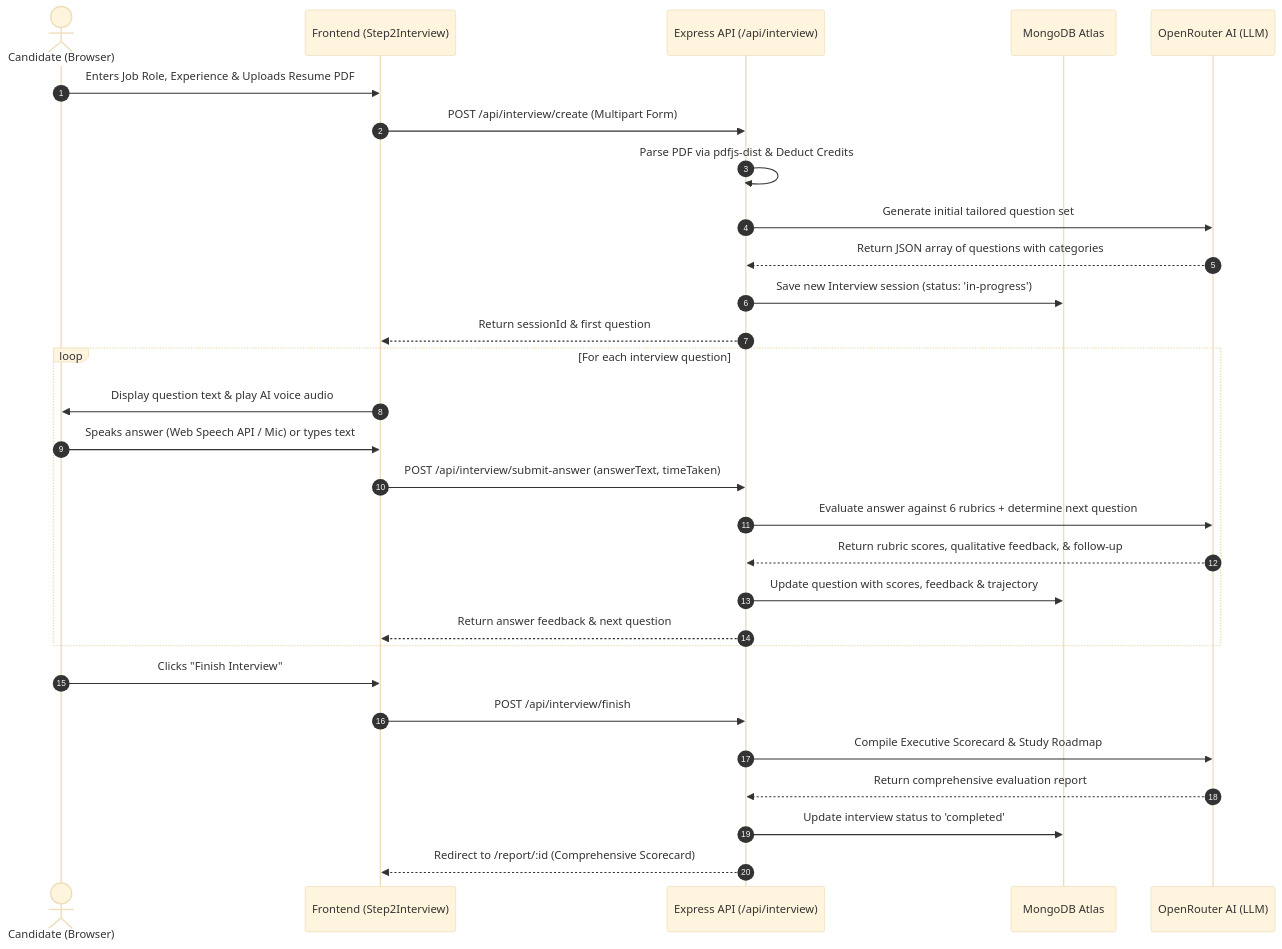
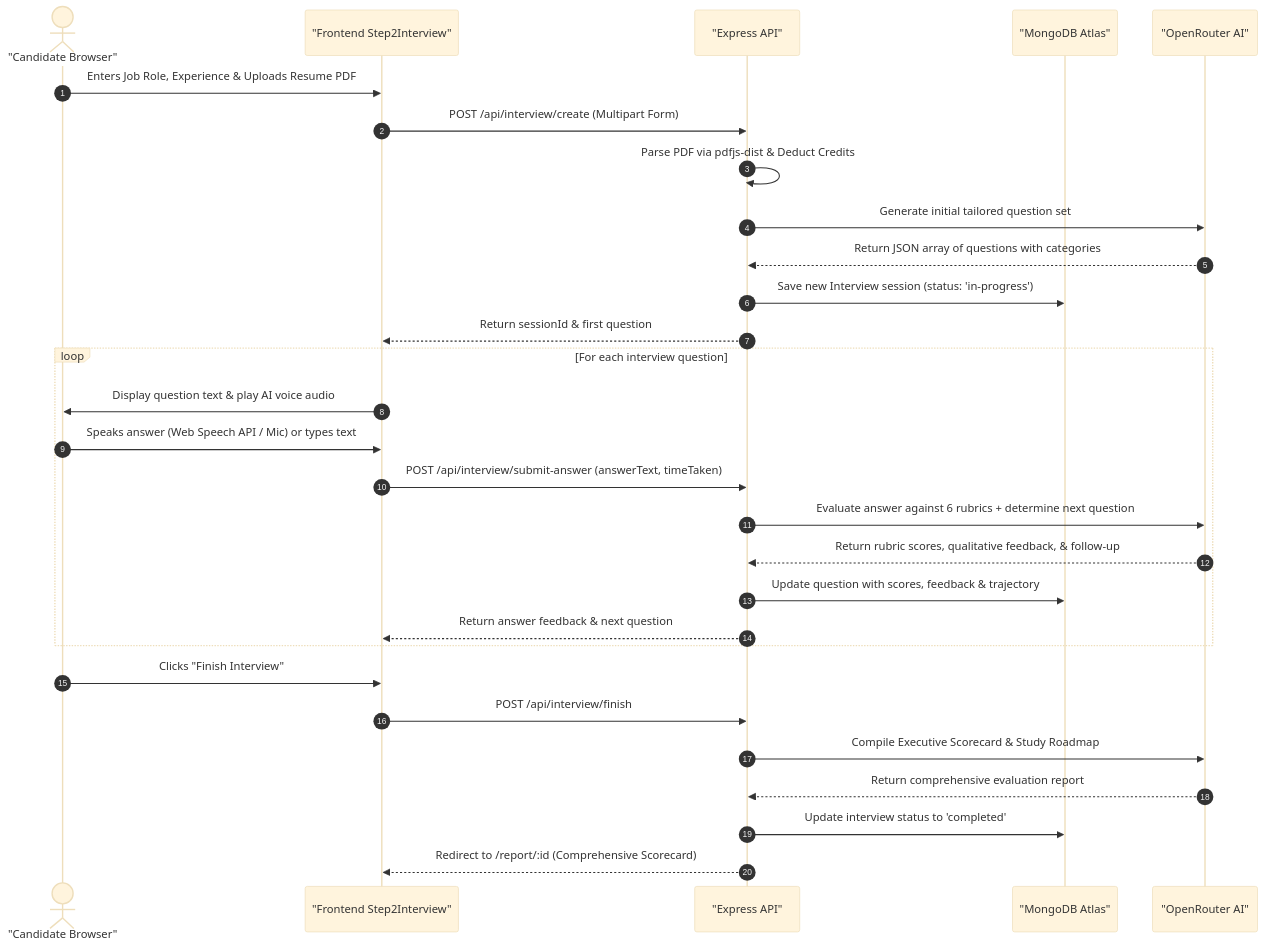
The second of 6 diagrams in README.md (KRISHNA-0425/Prepper), drawn with Mermaid (base theme) before and after one commit. The commit also changed other lines of this file, not shown here.

Commit message:
fix(docs): resolve GitHub Mermaid parsing errors by quoting link labels and normalizing state/ER diagram syntax

````diff
--- a/README.md
+++ b/README.md
@@ -168,34 +168,34 @@
 ```mermaid
 sequenceDiagram
     autonumber
-    actor Candidate as Candidate (Browser)
-    participant Client as Frontend (Step2Interview)
-    participant API as Express API (/api/interview)
-    participant DB as MongoDB Atlas
-    participant AI as OpenRouter AI (LLM)
+    actor Candidate as "Candidate Browser"
+    participant Client as "Frontend Step2Interview"
+    participant API as "Express API"
+    participant DB as "MongoDB Atlas"
+    participant AI as "OpenRouter AI"
 
     Candidate->>Client: Enters Job Role, Experience & Uploads Resume PDF
     Client->>API: POST /api/interview/create (Multipart Form)
     API->>API: Parse PDF via pdfjs-dist & Deduct Credits
     API->>AI: Generate initial tailored question set
     AI-->>API: Return JSON array of questions with categories
     API->>DB: Save new Interview session (status: 'in-progress')
     API-->>Client: Return sessionId & first question
 
     loop For each interview question
         Client->>Candidate: Display question text & play AI voice audio
         Candidate->>Client: Speaks answer (Web Speech API / Mic) or types text
         Client->>API: POST /api/interview/submit-answer (answerText, timeTaken)
         API->>AI: Evaluate answer against 6 rubrics + determine next question
         AI-->>API: Return rubric scores, qualitative feedback, & follow-up
         API->>DB: Update question with scores, feedback & trajectory
         API-->>Client: Return answer feedback & next question
     end
 
     Candidate->>Client: Clicks "Finish Interview"
     Client->>API: POST /api/interview/finish
     API->>AI: Compile Executive Scorecard & Study Roadmap
     AI-->>API: Return comprehensive evaluation report
     API->>DB: Update interview status to 'completed'
     API-->>Client: Redirect to /report/:id (Comprehensive Scorecard)
 ```
````
